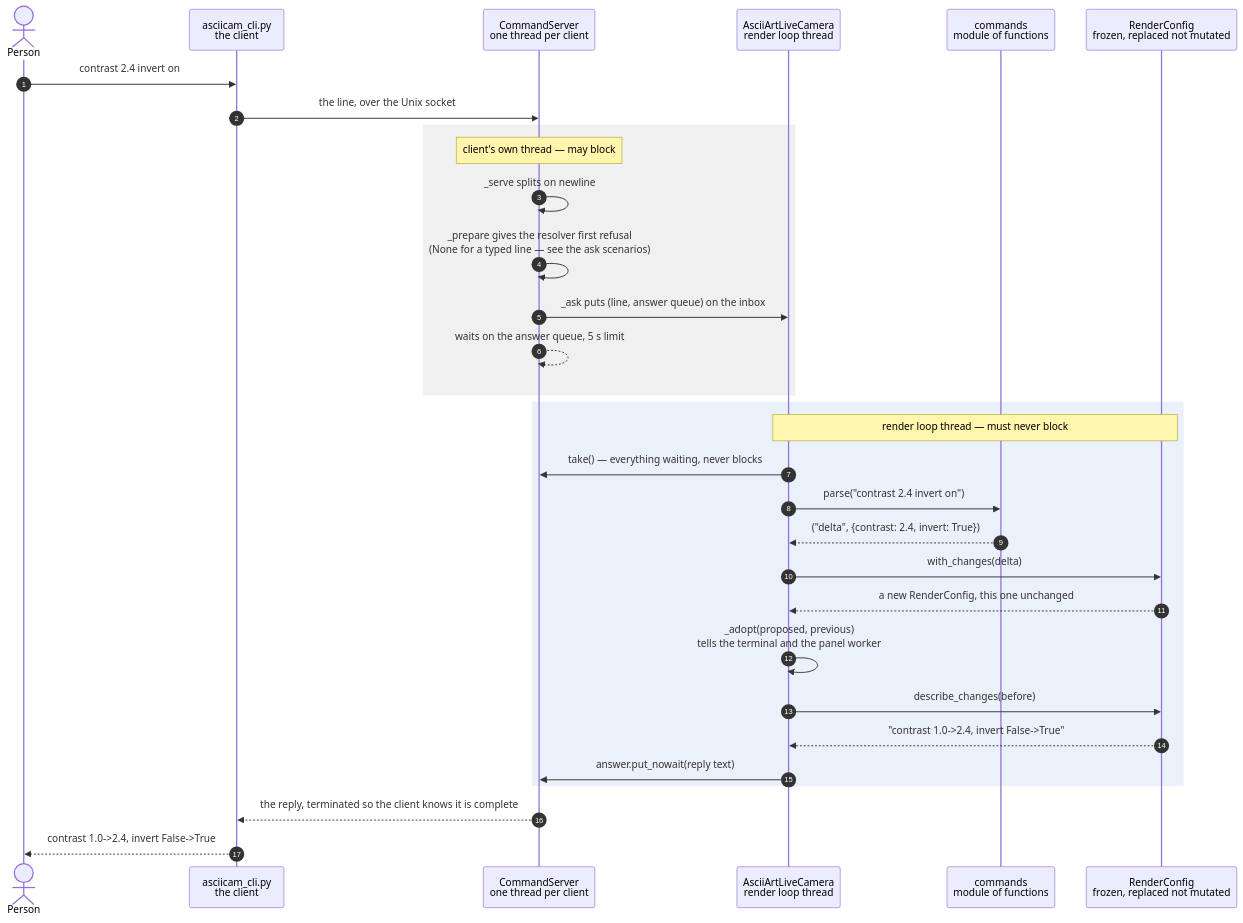
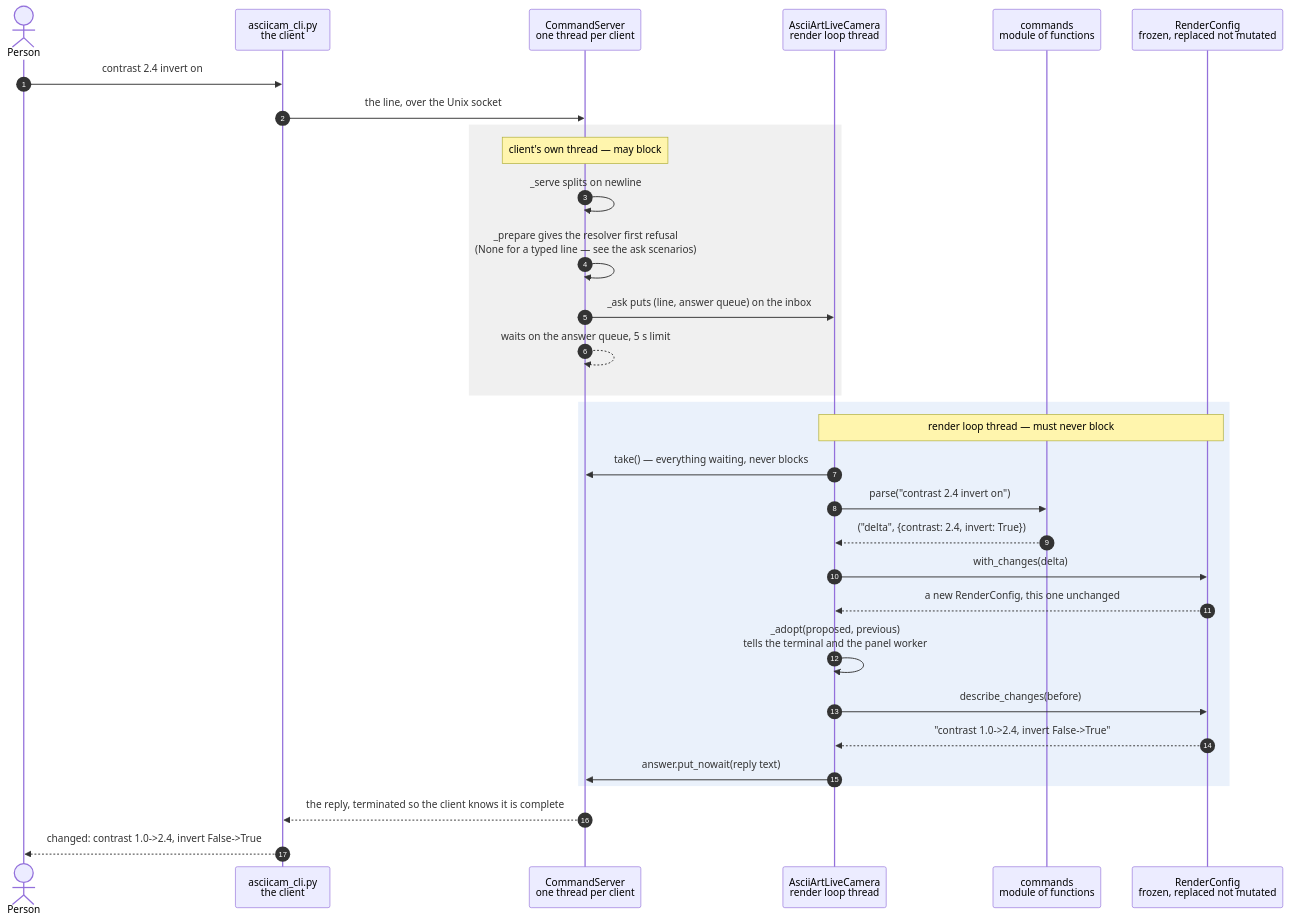
Before and after one commit to replicant1/AsciiArt-Pi: the diagram in docs/scenarios/a-typed-command-updates-the-render-configuration.md, drawn with Mermaid. The commit also changed other lines of this file and 4 other files, not shown here.

````diff
--- a/docs/scenarios/a-typed-command-updates-the-render-configuration.md
+++ b/docs/scenarios/a-typed-command-updates-the-render-configuration.md
@@ -33,39 +33,39 @@
 ```mermaid
 sequenceDiagram
     autonumber
     actor Person
     participant CLI as asciicam_cli.py<br/>the client
     participant CS as CommandServer<br/>one thread per client
     participant App as AsciiArtLiveCamera<br/>render loop thread
     participant Cmds as commands<br/>module of functions
     participant Cfg as RenderConfig<br/>frozen, replaced not mutated
 
     Person->>CLI: contrast 2.4 invert on
     CLI->>CS: the line, over the Unix socket
 
     rect rgba(128, 128, 128, 0.12)
         note over CS: client's own thread — may block
         CS->>CS: _serve splits on newline
         CS->>CS: _prepare gives the resolver first refusal<br/>(None for a typed line — see the ask scenarios)
         CS->>App: _ask puts (line, answer queue) on the inbox
         CS-->>CS: waits on the answer queue, 5 s limit
     end
 
     rect rgba(80, 140, 220, 0.12)
         note over App, Cfg: render loop thread — must never block
         App->>CS: take() — everything waiting, never blocks
         App->>Cmds: parse("contrast 2.4 invert on")
         Cmds-->>App: ("delta", {contrast: 2.4, invert: True})
         App->>Cfg: with_changes(delta)
 
         Cfg-->>App: a new RenderConfig, this one unchanged
         App->>App: _adopt(proposed, previous)<br/>tells the terminal and the panel worker
         App->>Cfg: describe_changes(before)
         Cfg-->>App: "contrast 1.0->2.4, invert False->True"
 
         App->>CS: answer.put_nowait(reply text)
     end
 
     CS-->>CLI: the reply, terminated so the client knows it is complete
-    CLI-->>Person: contrast 1.0->2.4, invert False->True
+    CLI-->>Person: changed: contrast 1.0->2.4, invert False->True
 ```
````
